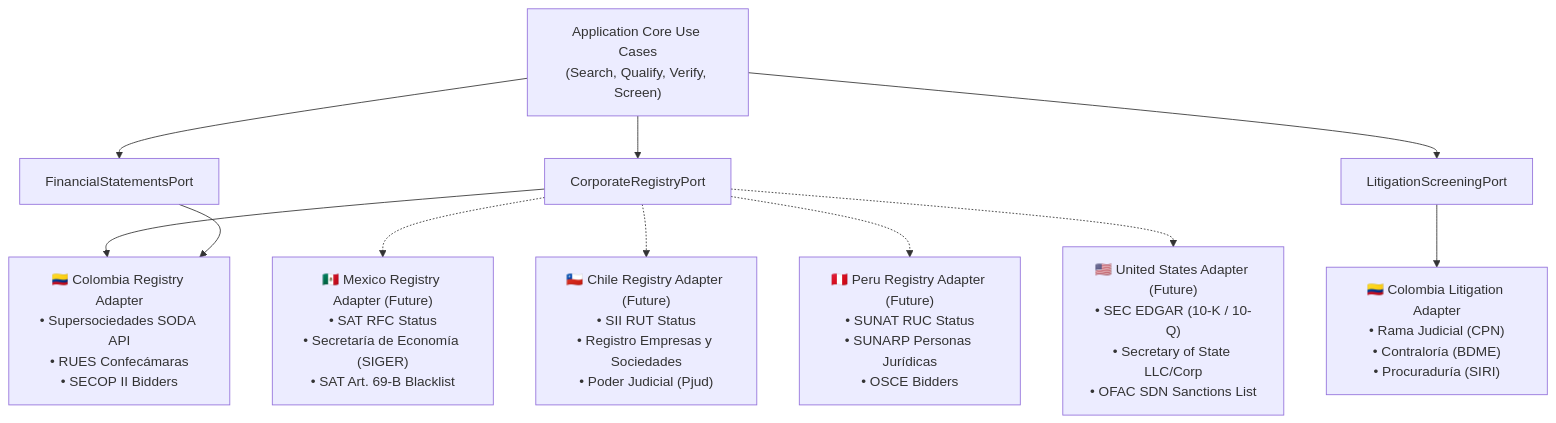
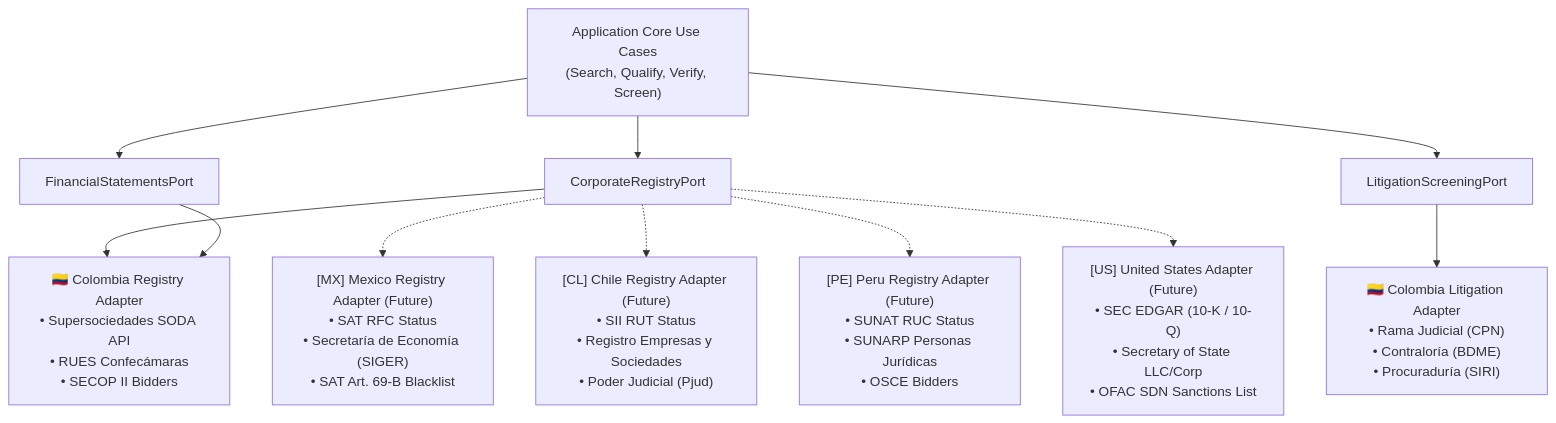
One commit to radsen/michito changed the first of 2 diagrams in docs/strategy/michito_strategic_master_plan.md. Above: the diagram before and after it, drawn with Mermaid. The commit also changed other lines of this file and 2 other files, not shown here.

````diff
--- a/docs/strategy/michito_strategic_master_plan.md
+++ b/docs/strategy/michito_strategic_master_plan.md
@@ -299,43 +299,43 @@
 ```mermaid
 flowchart TD
     UC["Application Core Use Cases
 (Search, Qualify, Verify, Screen)"]
     
     PORT_REG["CorporateRegistryPort"]
     PORT_FIN["FinancialStatementsPort"]
     PORT_LIT["LitigationScreeningPort"]
     
     UC --> PORT_REG
     UC --> PORT_FIN
     UC --> PORT_LIT
     
     PORT_REG --> ADAPTER_CO["🇨🇴 Colombia Registry Adapter
 • Supersociedades SODA API
 • RUES Confecámaras
 • SECOP II Bidders"]
     PORT_FIN --> ADAPTER_CO
     PORT_LIT --> ADAPTER_CO_LIT["🇨🇴 Colombia Litigation Adapter
 • Rama Judicial (CPN)
 • Contraloría (BDME)
 • Procuraduría (SIRI)"]
     
-    PORT_REG -.-> ADAPTER_MX["🇲🇽 Mexico Registry Adapter (Future)
+    PORT_REG -.-> ADAPTER_MX["[MX] Mexico Registry Adapter (Future)
 • SAT RFC Status
 • Secretaría de Economía (SIGER)
 • SAT Art. 69-B Blacklist"]
     
-    PORT_REG -.-> ADAPTER_CL["🇨🇱 Chile Registry Adapter (Future)
+    PORT_REG -.-> ADAPTER_CL["[CL] Chile Registry Adapter (Future)
 • SII RUT Status
 • Registro Empresas y Sociedades
 • Poder Judicial (Pjud)"]
     
-    PORT_REG -.-> ADAPTER_PE["🇵🇪 Peru Registry Adapter (Future)
+    PORT_REG -.-> ADAPTER_PE["[PE] Peru Registry Adapter (Future)
 • SUNAT RUC Status
 • SUNARP Personas Jurídicas
 • OSCE Bidders"]
     
-    PORT_REG -.-> ADAPTER_US["🇺🇸 United States Adapter (Future)
+    PORT_REG -.-> ADAPTER_US["[US] United States Adapter (Future)
 • SEC EDGAR (10-K / 10-Q)
 • Secretary of State LLC/Corp
 • OFAC SDN Sanctions List"]
 ```
````
